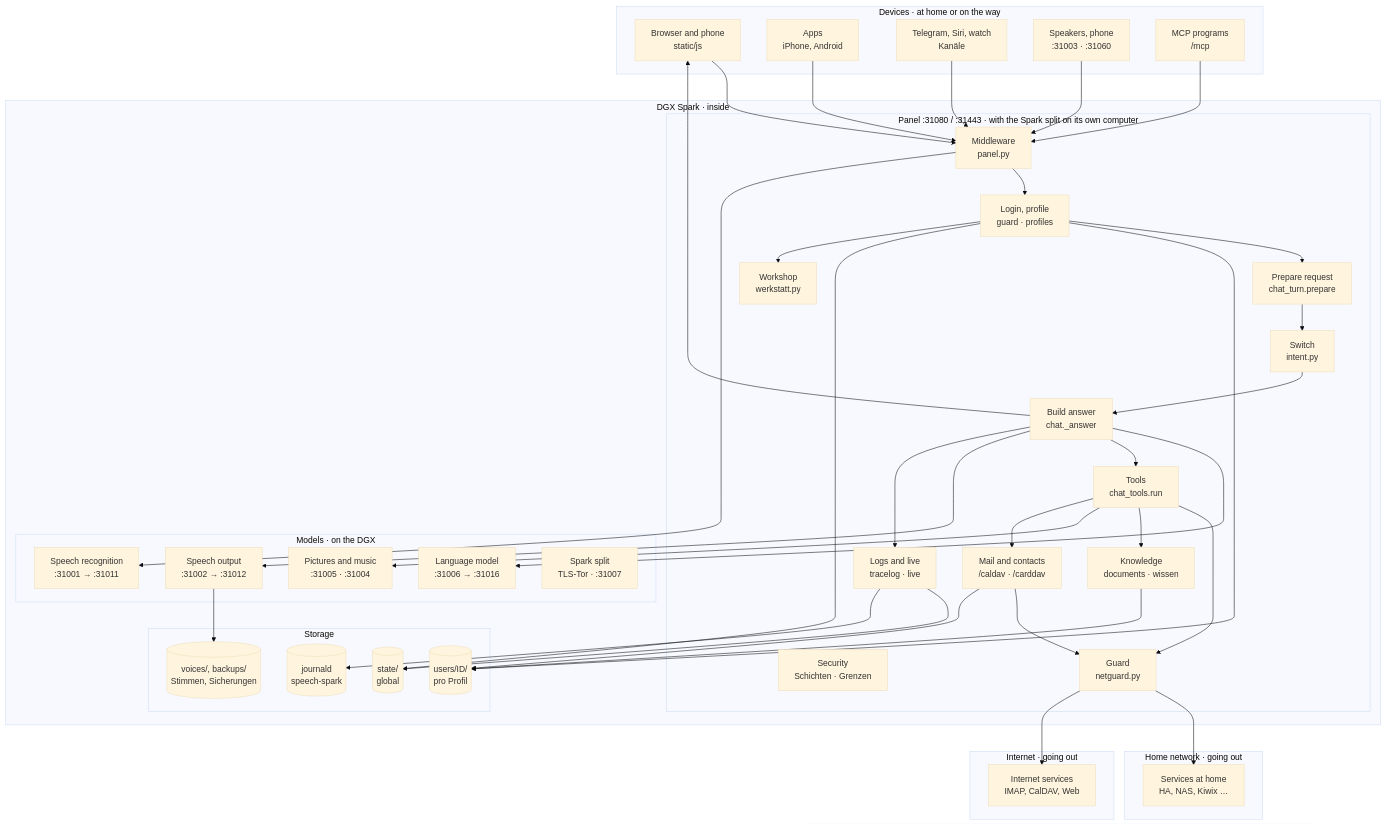
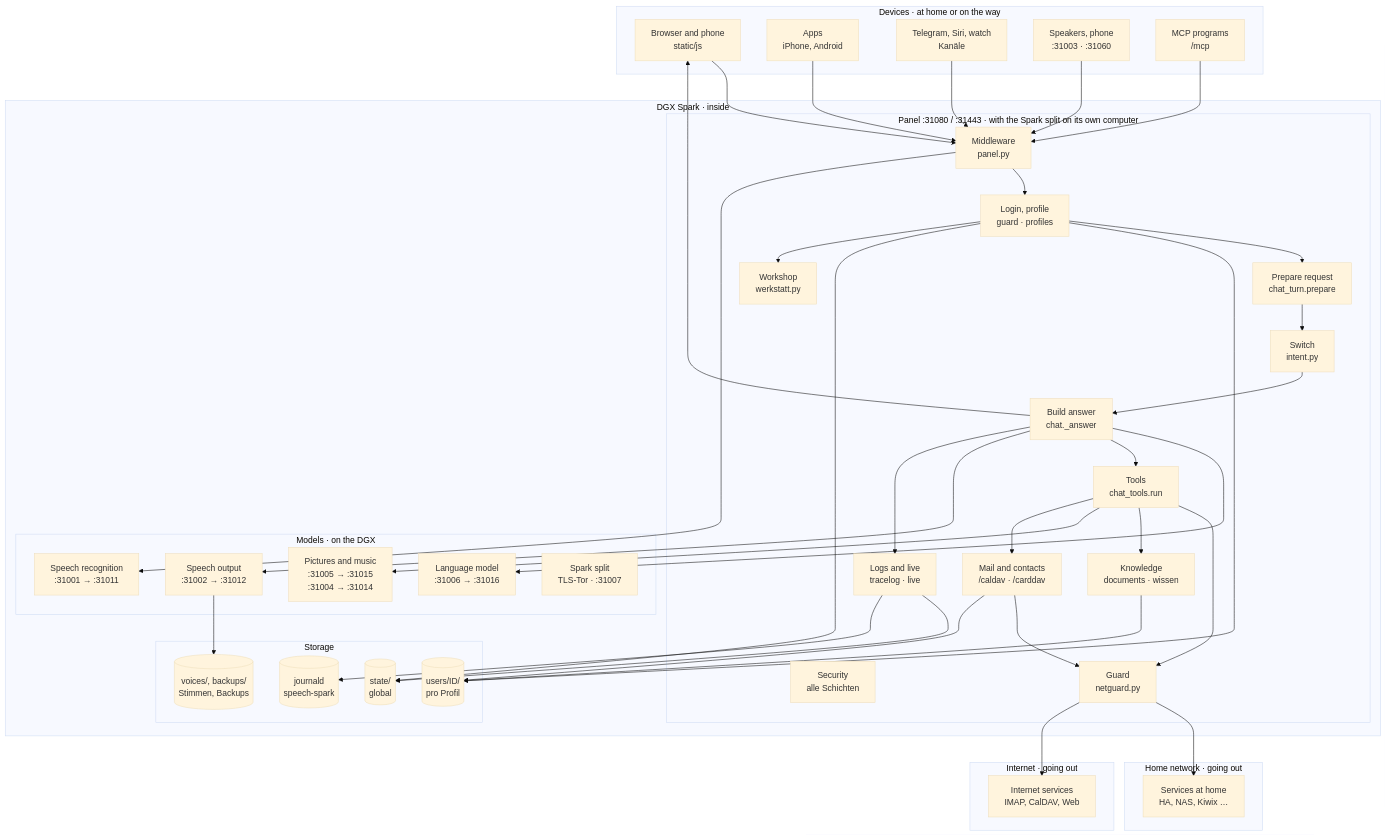
The first of 29 diagrams in docs/en/architecture.md (db9979/speech-on-dgx-spark), drawn with Mermaid (base theme) before and after one commit. The commit also changed 12 other files, not shown here.

````diff
--- a/docs/en/architecture.md
+++ b/docs/en/architecture.md
@@ -16,75 +16,75 @@
 ```mermaid
 flowchart TB
   subgraph z_geraete["Devices · at home or on the way"]
     geraet["Browser and phone<br/>static/js"]
     apps["Apps<br/>iPhone, Android"]
     kanaele["Telegram, Siri, watch<br/>Kanäle"]
     lautsprecher["Speakers, phone<br/>:31003 · :31060"]
     mcpc["MCP programs<br/>/mcp"]
   end
   subgraph z_spark["DGX Spark · inside"]
     subgraph z_panel["Panel :31080 / :31443 · with the Spark split on its own computer"]
       middleware["Middleware<br/>panel.py"]
-      sicherheit["Security<br/>Schichten · Grenzen"]
+      sicherheit["Security<br/>alle Schichten"]
       zugang["Login, profile<br/>guard · profiles"]
       vorbereiten["Prepare request<br/>chat_turn.prepare"]
       weiche["Switch<br/>intent.py"]
       antwort["Build answer<br/>chat._answer"]
       werkzeuge["Tools<br/>chat_tools.run"]
       wissen["Knowledge<br/>documents · wissen"]
       waechter["Guard<br/>netguard.py"]
       betrieb["Logs and live<br/>tracelog · live"]
       werkstatt["Workshop<br/>werkstatt.py"]
       post["Mail and contacts<br/>/caldav · /carddav"]
     end
     subgraph z_modelle["Models · on the DGX"]
       llm["Language model<br/>:31006 → :31016"]
       asr["Speech recognition<br/>:31001 → :31011"]
       tts["Speech output<br/>:31002 → :31012"]
-      bild["Pictures and music<br/>:31005 · :31004"]
+      bild["Pictures and music<br/>:31005 → :31015<br/>:31004 → :31014"]
       teilen["Spark split<br/>TLS-Tor · :31007"]
     end
     subgraph z_speicher["Storage"]
       state[("state/<br/>global")]
       users[("users/ID/<br/>pro Profil")]
-      ablage[("voices/, backups/<br/>Stimmen, Sicherungen")]
+      ablage[("voices/, backups/<br/>Stimmen, Backups")]
       journal[("journald<br/>speech-spark")]
     end
   end
   subgraph z_heimnetz["Home network · going out"]
     aussen["Services at home<br/>HA, NAS, Kiwix …"]
   end
   subgraph z_internet["Internet · going out"]
     internet["Internet services<br/>IMAP, CalDAV, Web"]
   end
   geraet --> middleware
   apps --> middleware
   kanaele --> middleware
   lautsprecher --> middleware
   mcpc --> middleware
   middleware --> zugang
   middleware --> asr
   zugang --> vorbereiten
   vorbereiten --> weiche
   weiche --> antwort
   antwort --> llm
   antwort --> werkzeuge
   werkzeuge --> waechter
   waechter --> aussen
   waechter --> internet
   werkzeuge --> wissen
   antwort --> tts
   werkzeuge --> bild
   antwort --> geraet
   antwort --> betrieb
   betrieb --> state
   betrieb --> journal
   wissen --> users
   zugang --> users
   zugang --> state
   tts --> ablage
   zugang --> werkstatt
   werkzeuge --> post
   post --> waechter
   post --> users
 ```
````
